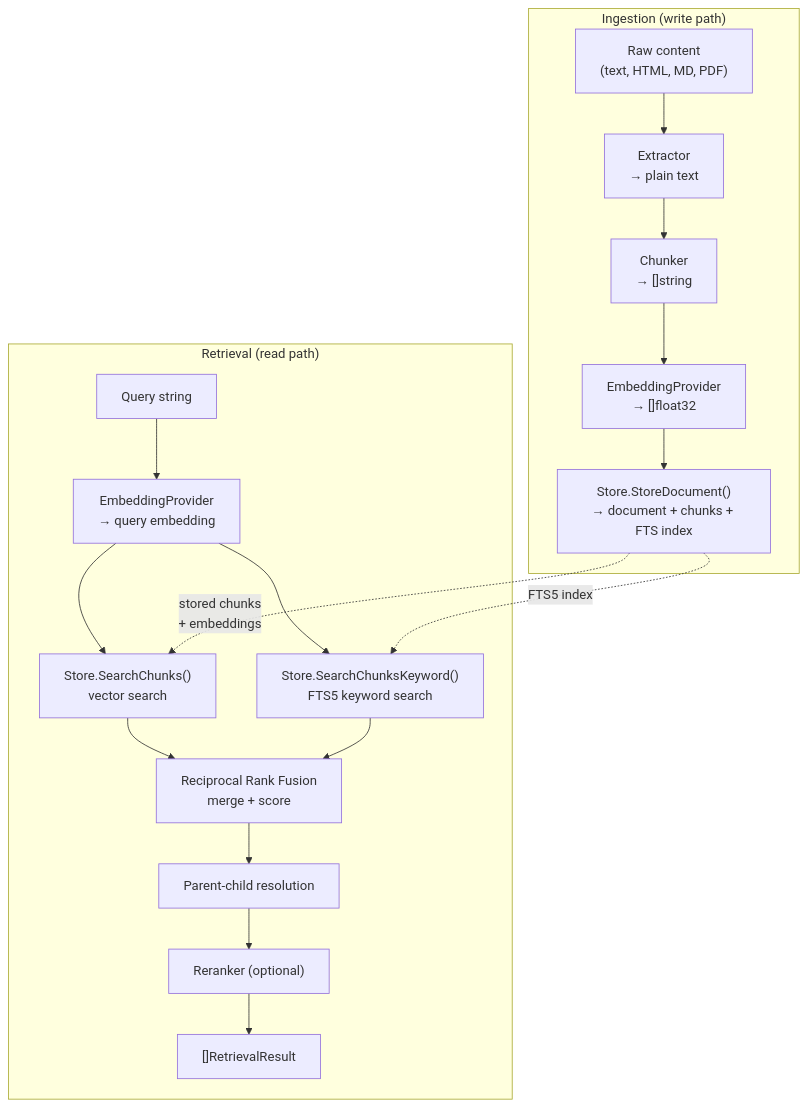
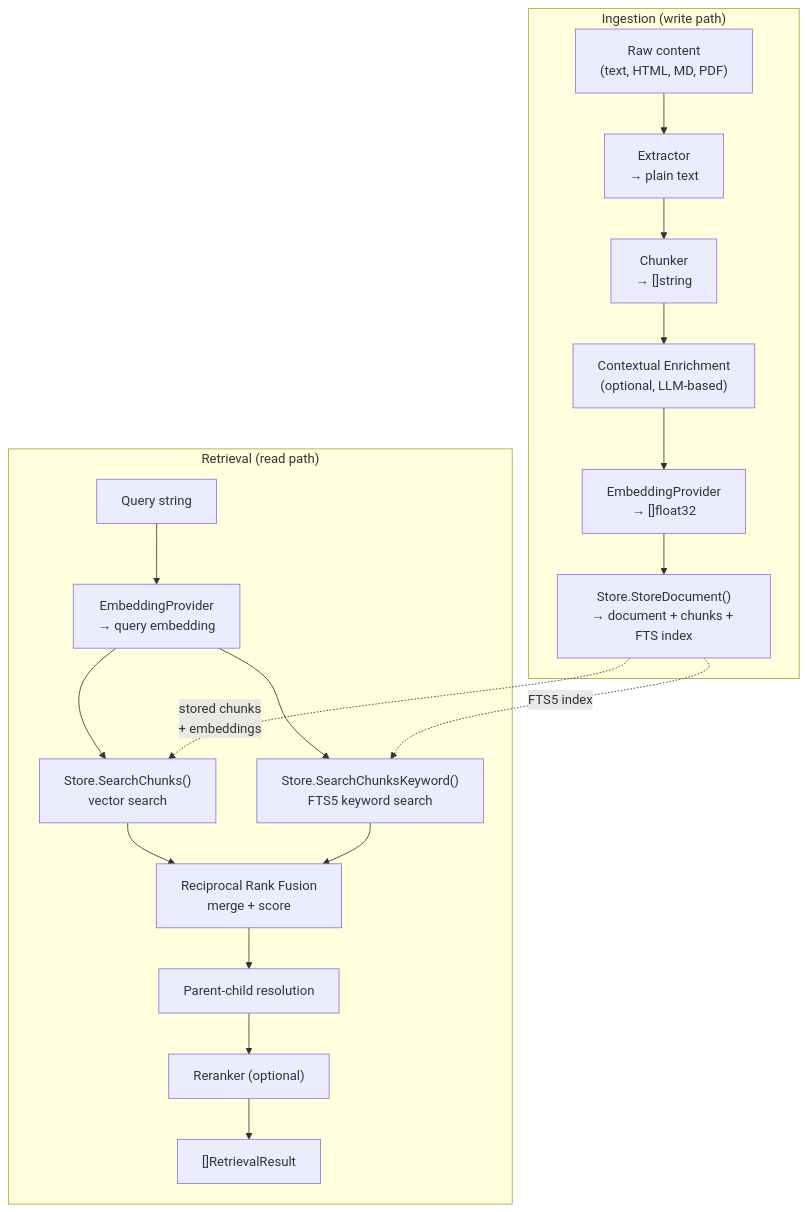
One commit to nevindra/oasis changed the first of 3 diagrams in docs/guides/rag-pipeline.md. Above: the diagram before and after it, drawn with Mermaid. The commit also changed other lines of this file and 12 other files, not shown here.

First line of the commit message:
feat(ingest): contextual enrichment, embedding retry, DocumentChunkLister

````diff
--- a/docs/guides/rag-pipeline.md
+++ b/docs/guides/rag-pipeline.md
@@ -7,23 +7,24 @@
 ```mermaid
 flowchart TB
     subgraph "Ingestion (write path)"
         RAW["Raw content<br>(text, HTML, MD, PDF)"] --> EXTRACT["Extractor<br>→ plain text"]
         EXTRACT --> CHUNK["Chunker<br>→ []string"]
-        CHUNK --> EMBED["EmbeddingProvider<br>→ []float32"]
+        CHUNK --> CONTEXT["Contextual Enrichment<br>(optional, LLM-based)"]
+        CONTEXT --> EMBED["EmbeddingProvider<br>→ []float32"]
         EMBED --> STORE_DOC["Store.StoreDocument()<br>→ document + chunks + FTS index"]
     end
 
     subgraph "Retrieval (read path)"
         QUERY["Query string"] --> QUERY_EMBED["EmbeddingProvider<br>→ query embedding"]
         QUERY_EMBED --> VECTOR["Store.SearchChunks()<br>vector search"]
         QUERY_EMBED --> FTS["Store.SearchChunksKeyword()<br>FTS5 keyword search"]
         VECTOR --> RRF["Reciprocal Rank Fusion<br>merge + score"]
         FTS --> RRF
         RRF --> PARENT["Parent-child resolution"]
         PARENT --> RERANK["Reranker (optional)"]
         RERANK --> RESULTS["[]RetrievalResult"]
     end
 
     STORE_DOC -.->|"stored chunks<br>+ embeddings"| VECTOR
     STORE_DOC -.->|"FTS5 index"| FTS
 ```
````
